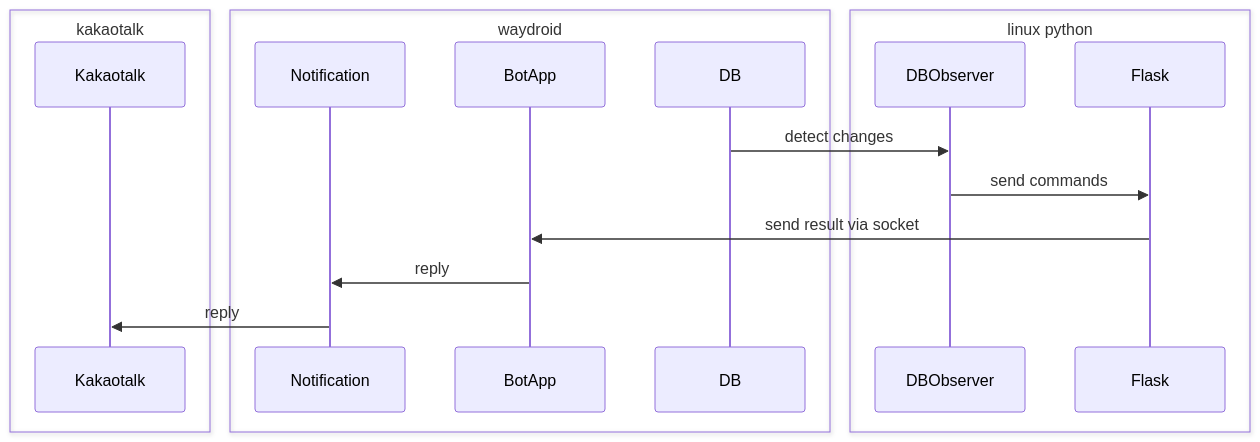
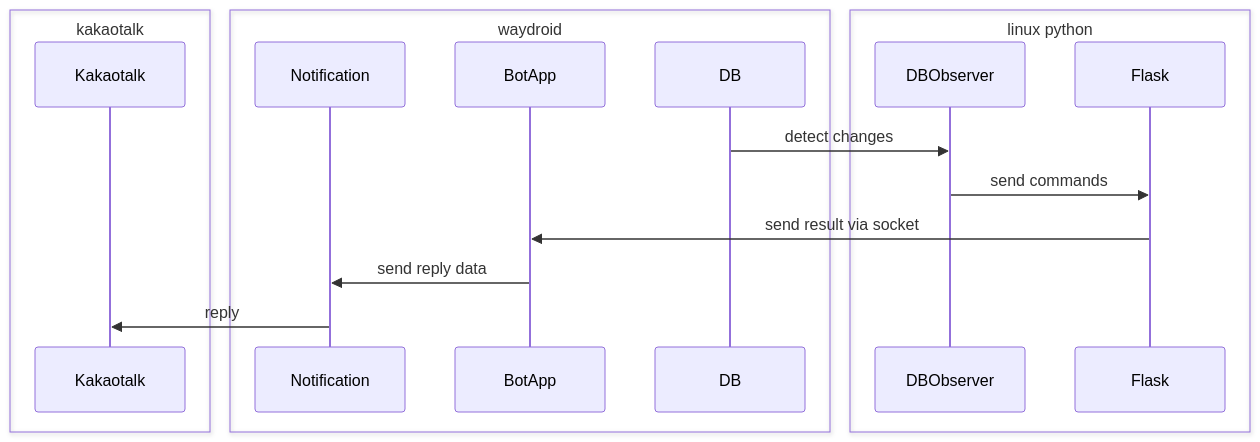
One commit to dolidolih/PyKakaoDBBot changed the diagram in README.md. Above: the diagram before and after it, drawn with Mermaid.

````diff
--- a/README.md
+++ b/README.md
@@ -78,20 +5,20 @@
 ```mermaid
 sequenceDiagram
     box kakaotalk
     participant Kakaotalk
     end
     box waydroid
     participant Notification
     participant BotApp
     participant DB
     end
     box linux python
     participant DBObserver
     participant Flask
     end
     DB->>DBObserver: detect changes
     DBObserver->>Flask: send commands
     Flask->>BotApp:send result via socket
-    BotApp->>Notification:reply
+    BotApp->>Notification:send reply data
     Notification->>Kakaotalk:reply
 ```
````
